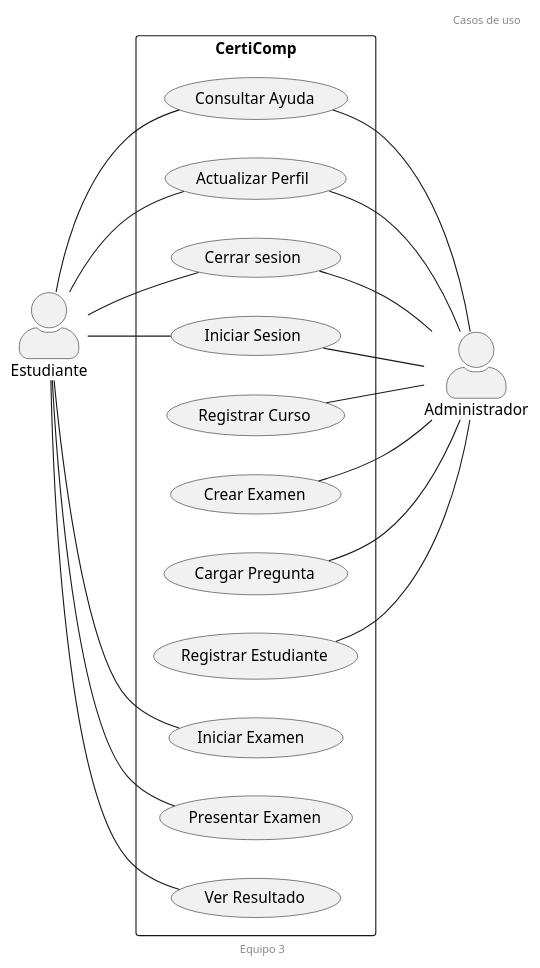
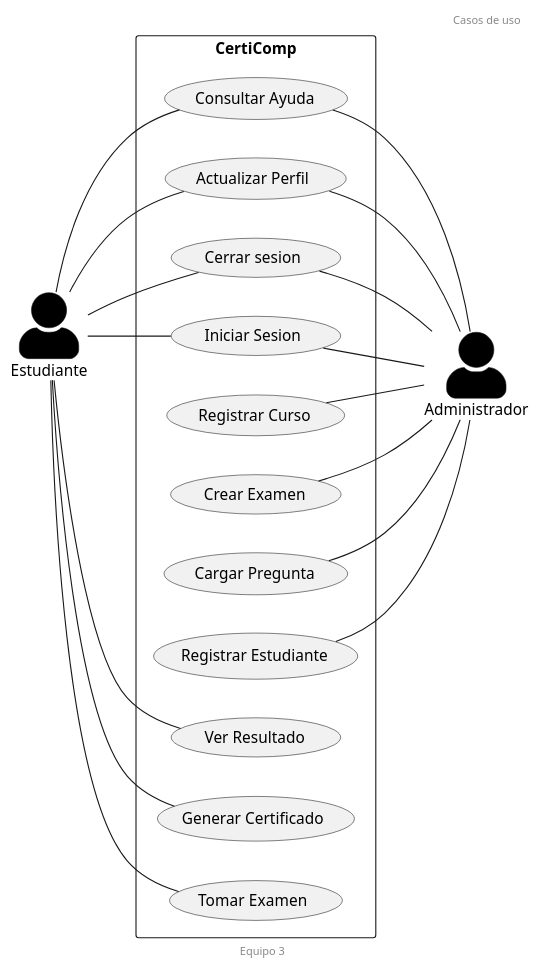
The diagram in docs/scenariosView/CasoDeUso.plantuml (febres35/EdTech_IS), drawn with PlantUML before and after one commit. The commit also changed 9 other files, not shown here.

```diff
--- a/docs/scenariosView/CasoDeUso.plantuml
+++ b/docs/scenariosView/CasoDeUso.plantuml
@@ -1,51 +1,58 @@
 @startuml Casos de Uso
 
 left to right direction
 skinparam actorStyle awesome
+skinparam ActorBackgroundColor black
 
 header Casos de uso
 footer Equipo 3
 
 rectangle CertiComp{
 
+  usecase " Ver Resultado" as UC6
   usecase " Iniciar Sesion " as UC1 
   usecase " Registrar Estudiante" as UC2
   usecase " Registrar Curso" as UC3
-  'usecase " Seleccionar Examen" as UC4
-  usecase "Iniciar Examen " as UC11
-  usecase " Presentar Examen" as UC5
-  usecase " Ver Resultado" as UC6
+  usecase "Generar Certificado" as UC4  
+  
+  usecase "Tomar Examen" as UC13
+  
   usecase " Crear Examen" as UC7
   usecase " Cargar Pregunta" as UC12
   usecase " Consultar Ayuda" as UC8
   usecase " Cerrar sesion " as UC9
   usecase " Actualizar Perfil " as UC10
   
   
+
+  
 }
+'usecase "Iniciar Examen " as UC11
+'usecase " Presentar Examen" as UC5
+
+
 Administrador -up- UC2
 Administrador -up- UC12
 Administrador -up- UC7
 Administrador -up- UC3
 
-'Estudiante-- UC4
-Estudiante-- UC11
-Estudiante-- UC5
+Estudiante -- UC13
 Estudiante-- UC6
-
+Estudiante-- UC4
+ 
 
 Administrador -up- UC1
 Estudiante -- UC1
 
 Administrador -up- UC9
 Estudiante-- UC9
 
 
 Administrador -up-  UC10
 Estudiante -- UC10
 
 Administrador -up- UC8
 Estudiante -- UC8
 
 
 @enduml
```
